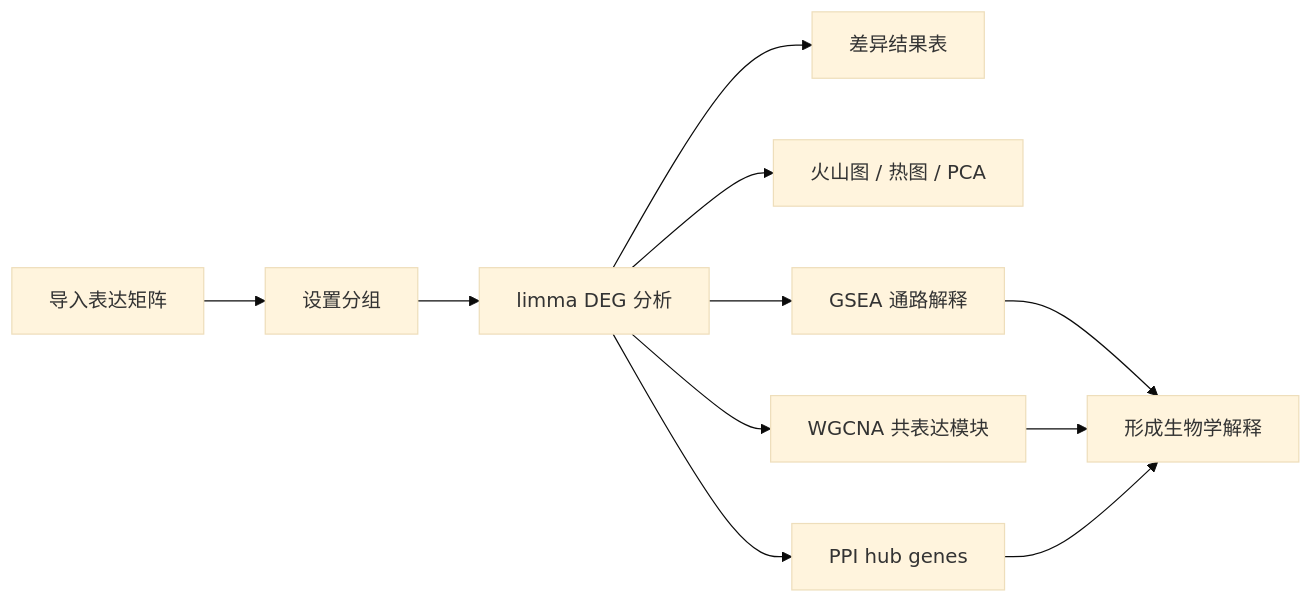
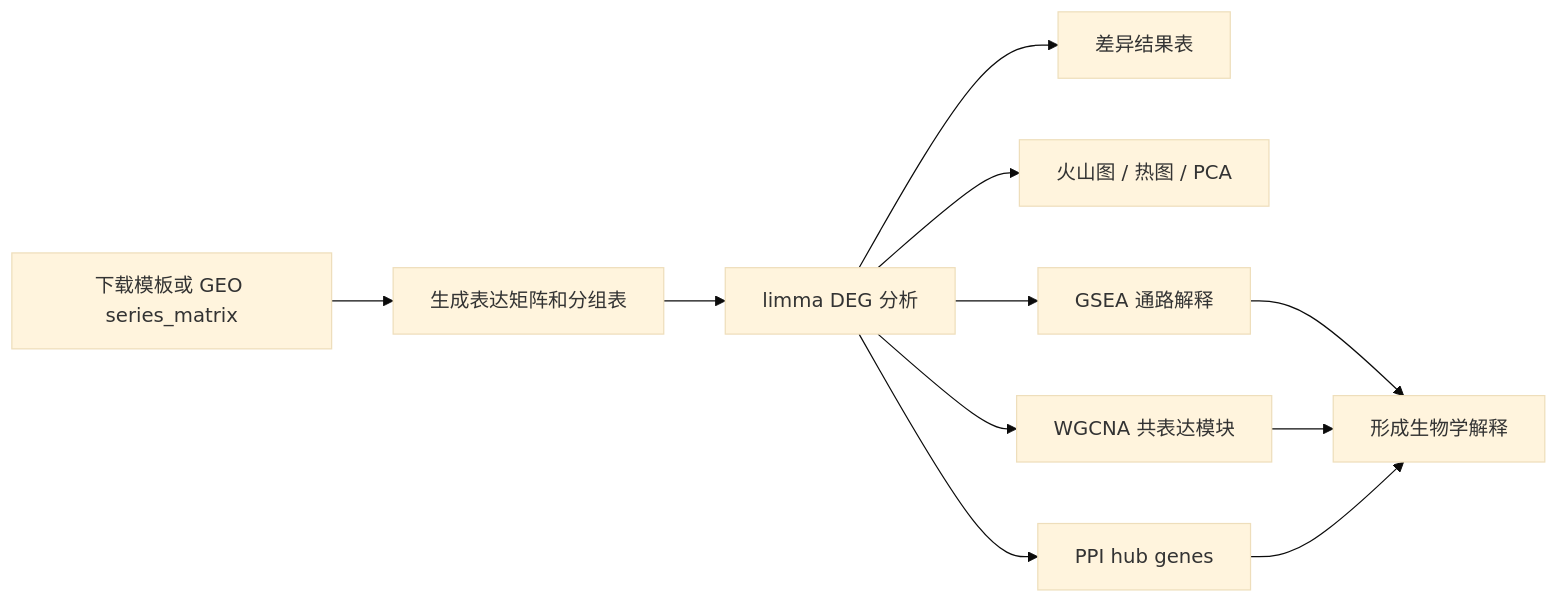
One commit to HaPiJiucHi/bioinsight-oneclick changed the diagram in README.md. Above: the diagram before and after it, drawn with Mermaid (base theme). The commit also changed other lines of this file and 12 other files, not shown here.

````diff
--- a/README.md
+++ b/README.md
@@ -35,13 +45,13 @@
 ```mermaid
 flowchart LR
-  A["导入表达矩阵"] --> B["设置分组"]
+  A["下载模板或 GEO series_matrix"] --> B["生成表达矩阵和分组表"]
   B --> C["limma DEG 分析"]
   C --> D["差异结果表"]
   C --> E["火山图 / 热图 / PCA"]
   C --> F["GSEA 通路解释"]
   C --> G["WGCNA 共表达模块"]
   C --> H["PPI hub genes"]
   F --> I["形成生物学解释"]
   G --> I
   H --> I
 ```
````
